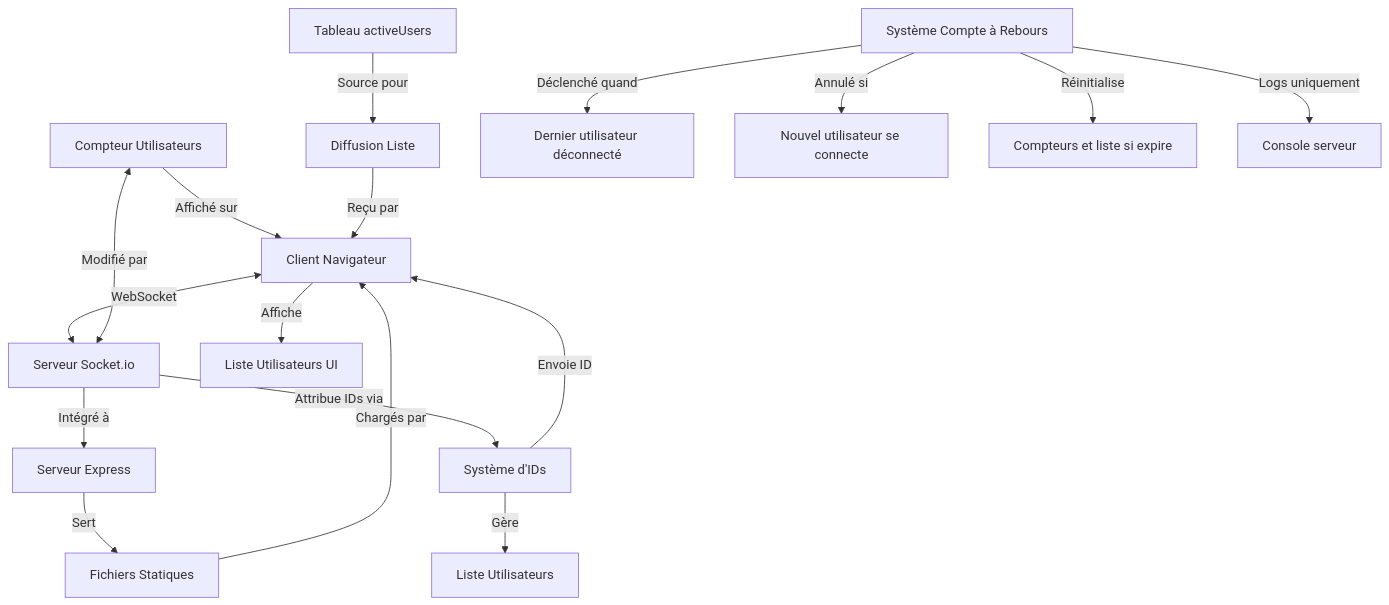
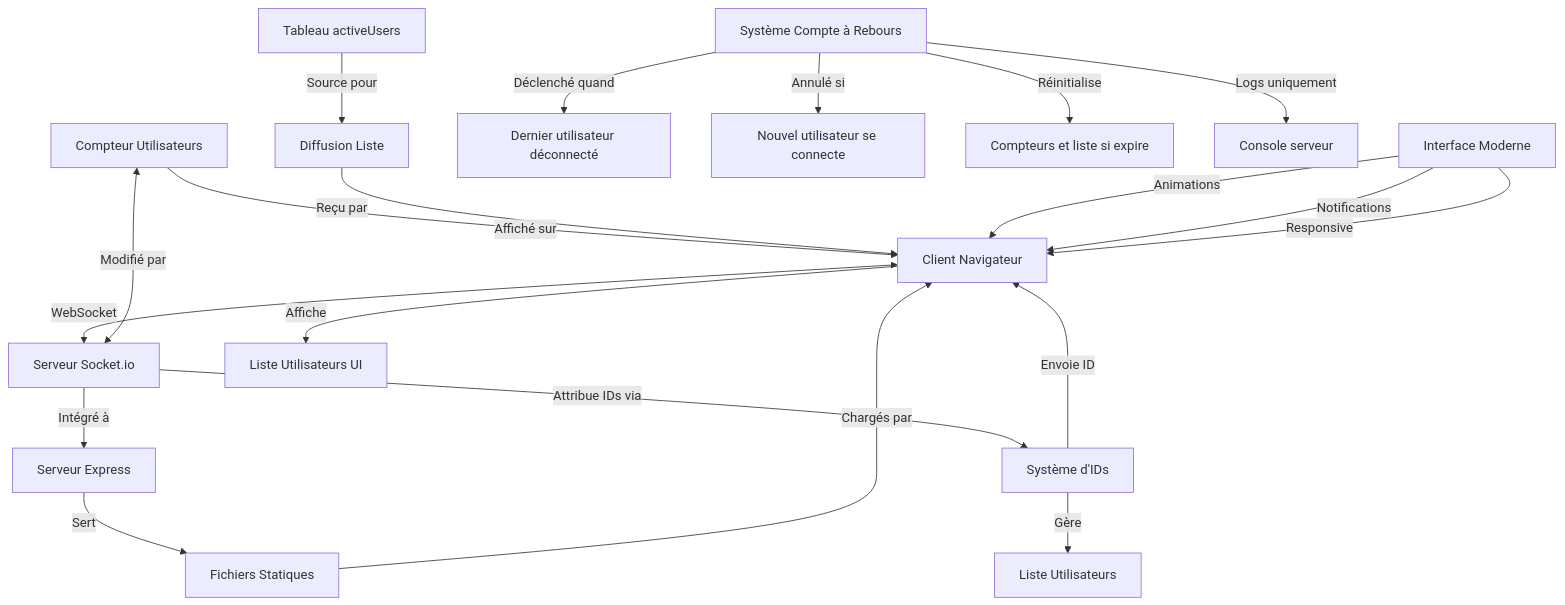
One commit to nicolasmbronner/basic-websocket-prototype changed the diagram in README.md. Above: the diagram before and after it, drawn with Mermaid. The commit also changed other lines of this file and 4 other files, not shown here.

````diff
--- a/README.md
+++ b/README.md
@@ -15,23 +27,27 @@
 ```mermaid
 graph TD
     A[Client Navigateur] <-->|WebSocket| B[Serveur Socket.io]
     B -->|Intégré à| C[Serveur Express]
     C -->|Sert| D[Fichiers Statiques]
     D -->|Chargés par| A
     
     E[Compteur Utilisateurs] <-->|Modifié par| B
     E -->|Affiché sur| A
     
     F[Système d'IDs] -->|Gère| G[Liste Utilisateurs]
     B -->|Attribue IDs via| F
     F -->|Envoie ID| A
     
     H[Tableau activeUsers] -->|Source pour| I[Diffusion Liste]
     I -->|Reçu par| A
     A -->|Affiche| J[Liste Utilisateurs UI]
     
     K[Système Compte à Rebours] -->|Déclenché quand| L[Dernier utilisateur déconnecté]
     K -->|Annulé si| M[Nouvel utilisateur se connecte]
     K -->|Réinitialise| N[Compteurs et liste si expire]
     K -->|Logs uniquement| O[Console serveur]
+    
+    P[Interface Moderne] -->|Animations| A
+    P -->|Notifications| A
+    P -->|Responsive| A
 ```
````
